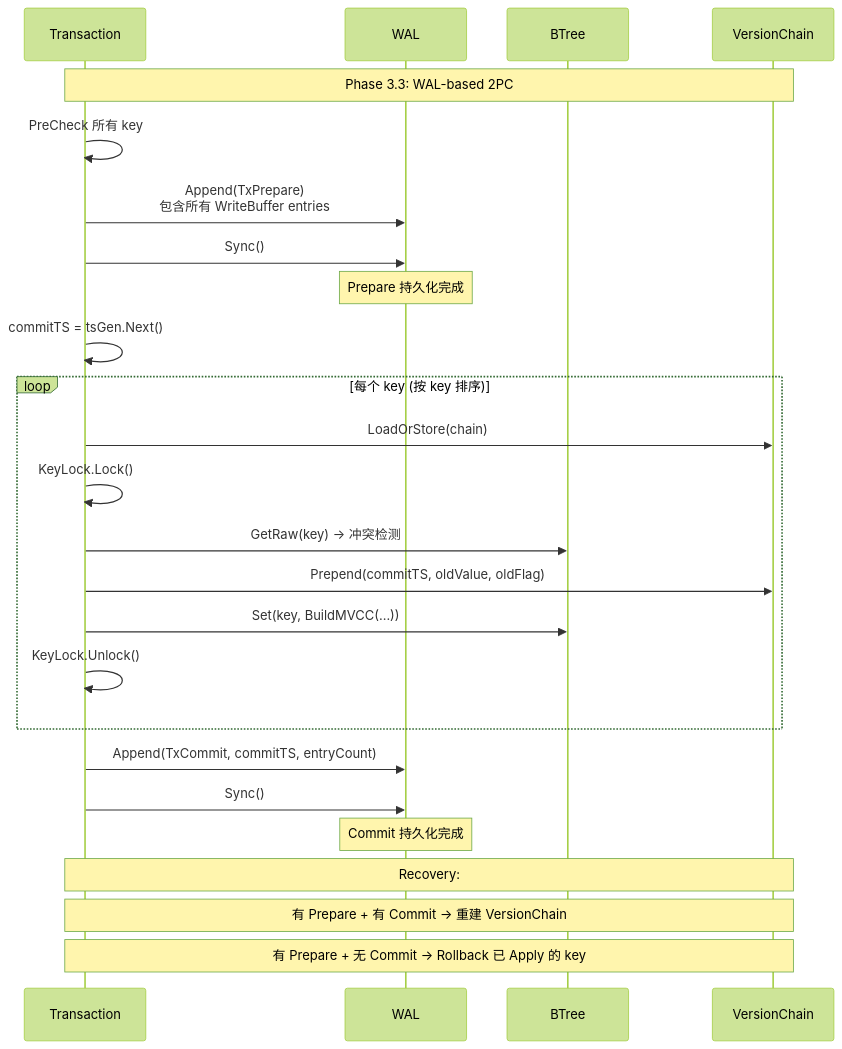
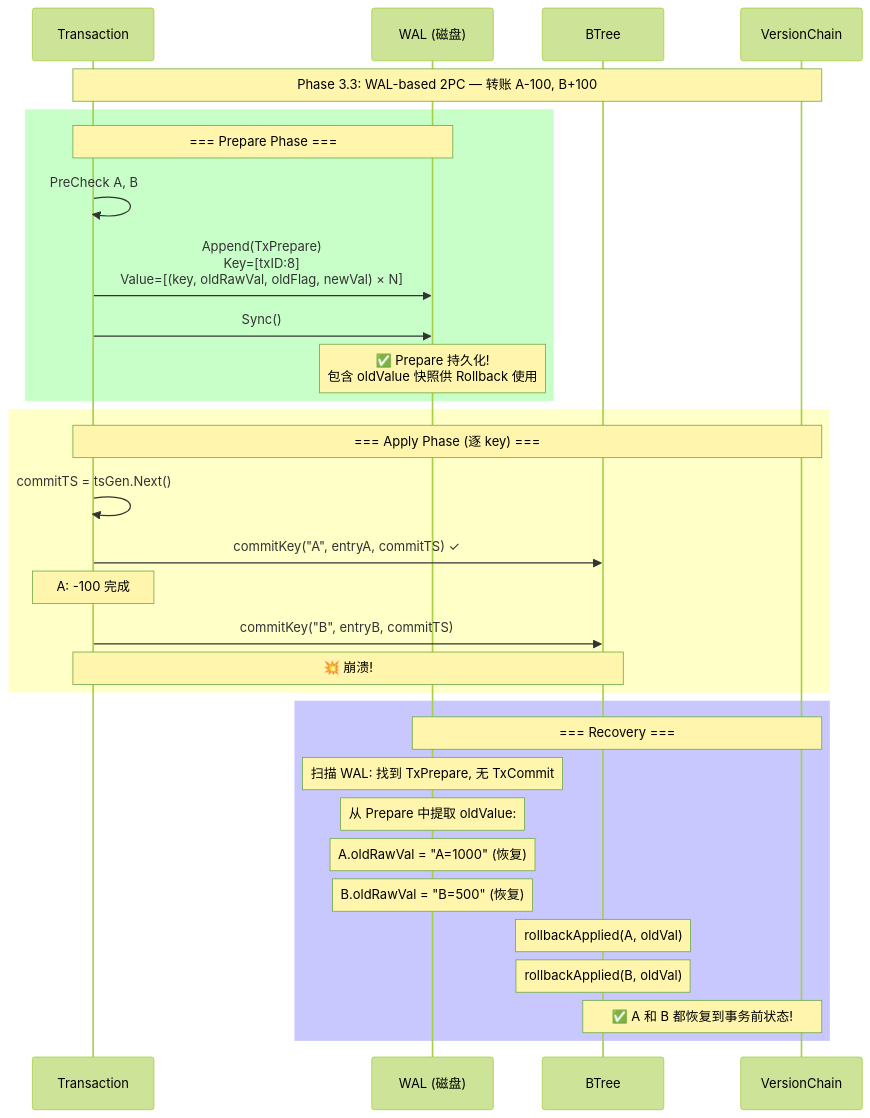
Before and after one commit to jzhang405/NexKV: the fifth of 7 diagrams in docs/07_spike/btree-refactor/2026-05-23-phase3-mvcc-remaining-gaps-spike.md, drawn with Mermaid (forest theme). The commit also changed other lines of this file and 12 other files, not shown here.

First line of the commit message:
feat(mvcc): Phase 3.3 — WAL-based 2PC 跨 key 原子性 + 测试补全

````diff
--- a/docs/07_spike/btree-refactor/2026-05-23-phase3-mvcc-remaining-gaps-spike.md
+++ b/docs/07_spike/btree-refactor/2026-05-23-phase3-mvcc-remaining-gaps-spike.md
@@ -293,34 +381,39 @@
 ```mermaid
 sequenceDiagram
     participant TX as Transaction
-    participant WAL as WAL
+    participant WAL as WAL (磁盘)
     participant BT as BTree
     participant VC as VersionChain
     
-    Note over TX,VC: Phase 3.3: WAL-based 2PC
+    Note over TX,VC: Phase 3.3: WAL-based 2PC — 转账 A-100, B+100
     
-    TX->>TX: PreCheck 所有 key
-    
-    TX->>WAL: Append(TxPrepare)<br/>包含所有 WriteBuffer entries
-    TX->>WAL: Sync()
-    Note over WAL: Prepare 持久化完成
-    
-    TX->>TX: commitTS = tsGen.Next()
-    
-    loop 每个 key (按 key 排序)
-        TX->>VC: LoadOrStore(chain)
-        TX->>TX: KeyLock.Lock()
-        TX->>BT: GetRaw(key) → 冲突检测
-        TX->>VC: Prepend(commitTS, oldValue, oldFlag)
-        TX->>BT: Set(key, BuildMVCC(...))
-        TX->>TX: KeyLock.Unlock()
+    rect rgb(200, 255, 200)
+        Note over TX,WAL: === Prepare Phase ===
+        TX->>TX: PreCheck A, B
+        TX->>WAL: Append(TxPrepare)<br/>Key=[txID:8]<br/>Value=[(key, oldRawVal, oldFlag, newVal) × N]
+        TX->>WAL: Sync()
+        Note over WAL: ✅ Prepare 持久化!<br/>包含 oldValue 快照供 Rollback 使用
     end
     
-    TX->>WAL: Append(TxCommit, commitTS, entryCount)
-    TX->>WAL: Sync()
-    Note over WAL: Commit 持久化完成
+    rect rgb(255, 255, 200)
+        Note over TX,VC: === Apply Phase (逐 key) ===
+        TX->>TX: commitTS = tsGen.Next()
+        
+        TX->>BT: commitKey("A", entryA, commitTS) ✓
+        Note over TX: A: -100 完成
+        
+        TX->>BT: commitKey("B", entryB, commitTS)
+        Note over TX,BT: 💥 崩溃!
+    end
     
-    Note over TX,VC: Recovery:
-    Note over TX,VC: 有 Prepare + 有 Commit → 重建 VersionChain
-    Note over TX,VC: 有 Prepare + 无 Commit → Rollback 已 Apply 的 key
+    rect rgb(200, 200, 255)
+        Note over WAL,VC: === Recovery ===
+        Note over WAL: 扫描 WAL: 找到 TxPrepare, 无 TxCommit
+        Note over WAL: 从 Prepare 中提取 oldValue:
+        Note over WAL: A.oldRawVal = "A=1000" (恢复)
+        Note over WAL: B.oldRawVal = "B=500"  (恢复)
+        Note over BT: rollbackApplied(A, oldVal)
+        Note over BT: rollbackApplied(B, oldVal)
+        Note over BT,VC: ✅ A 和 B 都恢复到事务前状态!
+    end
 ```
````
